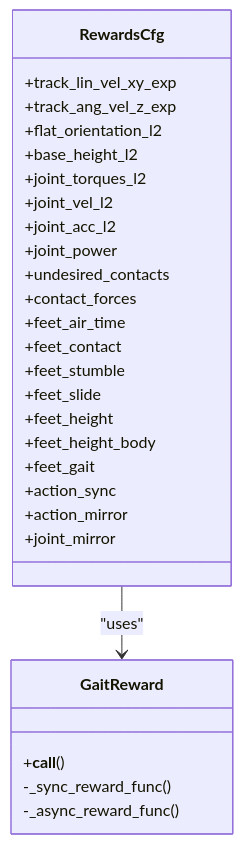
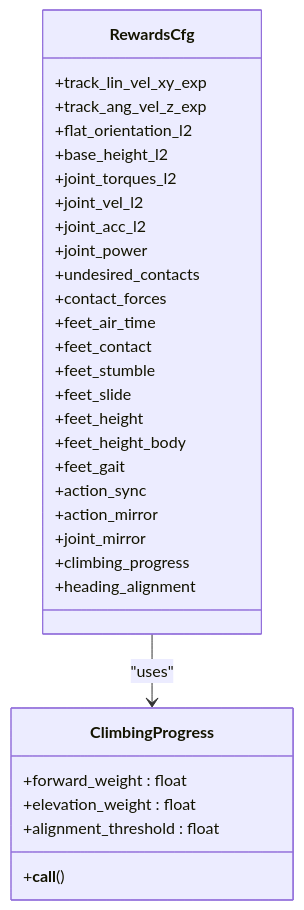
One commit to jayjayhust/robot_lab changed the fifth of 9 diagrams in .qoder/repowiki/en/content/Task Configuration Framework/Velocity-Based Locomotion Tasks/Velocity-Based Locomotion Tasks.md. Above: the diagram before and after it, drawn with Mermaid. The commit also changed other lines of this file and 9 other files, not shown here.

````diff
--- a/.qoder/repowiki/en/content/Task Configuration Framework/Velocity-Based Locomotion Tasks/Velocity-Based Locomotion Tasks.md
+++ b/.qoder/repowiki/en/content/Task Configuration Framework/Velocity-Based Locomotion Tasks/Velocity-Based Locomotion Tasks.md
@@ -260,31 +279,34 @@
 ```mermaid
 classDiagram
 class RewardsCfg {
 +track_lin_vel_xy_exp
 +track_ang_vel_z_exp
 +flat_orientation_l2
 +base_height_l2
 +joint_torques_l2
 +joint_vel_l2
 +joint_acc_l2
 +joint_power
 +undesired_contacts
 +contact_forces
 +feet_air_time
 +feet_contact
 +feet_stumble
 +feet_slide
 +feet_height
 +feet_height_body
 +feet_gait
 +action_sync
 +action_mirror
 +joint_mirror
++climbing_progress
++heading_alignment
 }
-class GaitReward {
+class ClimbingProgress {
 +__call__()
--_sync_reward_func()
--_async_reward_func()
++forward_weight : float
++elevation_weight : float
++alignment_threshold : float
 }
-RewardsCfg --> GaitReward : "uses"
+RewardsCfg --> ClimbingProgress : "uses"
 ```
````
